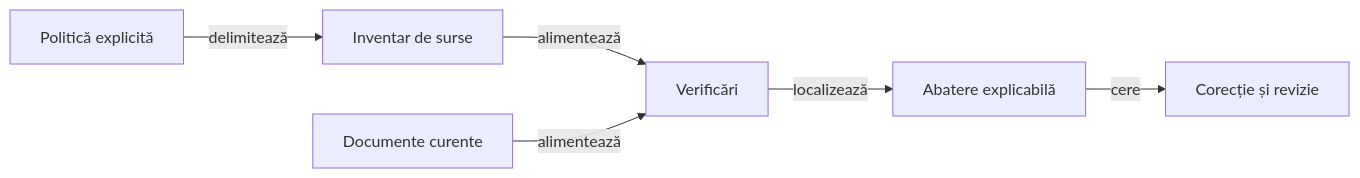
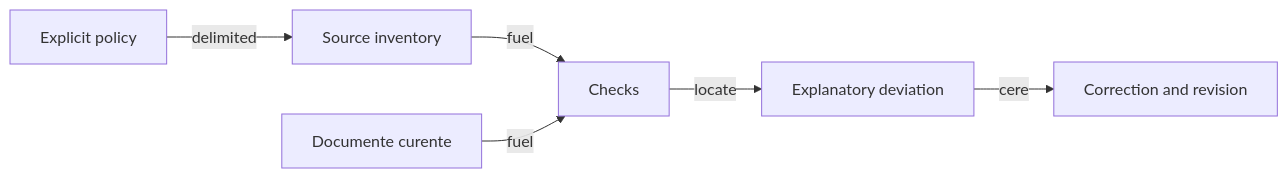
Before and after one commit to crististefanita/atf_j4: the diagram in docs/governance/README.md, drawn with Mermaid. The commit also changed other lines of this file and 122 other files, not shown here.

````diff
--- a/docs/governance/README.md
+++ b/docs/governance/README.md
@@ -15,8 +15,8 @@
 ```mermaid
 flowchart LR
-    POLICY[Politică explicită] -->|delimitează| INVENTORY[Inventar de surse]
-    INVENTORY -->|alimentează| GUARDS[Verificări]
-    DOCS[Documente curente] -->|alimentează| GUARDS
-    GUARDS -->|localizează| FINDING[Abatere explicabilă]
-    FINDING -->|cere| REVIEW[Corecție și revizie]
+    POLICY[Explicit policy] -->|delimited| INVENTORY[Source inventory]
+    INVENTORY -->|fuel| GUARDS[Checks]
+    DOCS[Documente curente] -->|fuel| GUARDS
+    GUARDS -->|locate| FINDING[Explanatory deviation]
+    FINDING -->|cere| REVIEW[Correction and revision]
 ```
````
